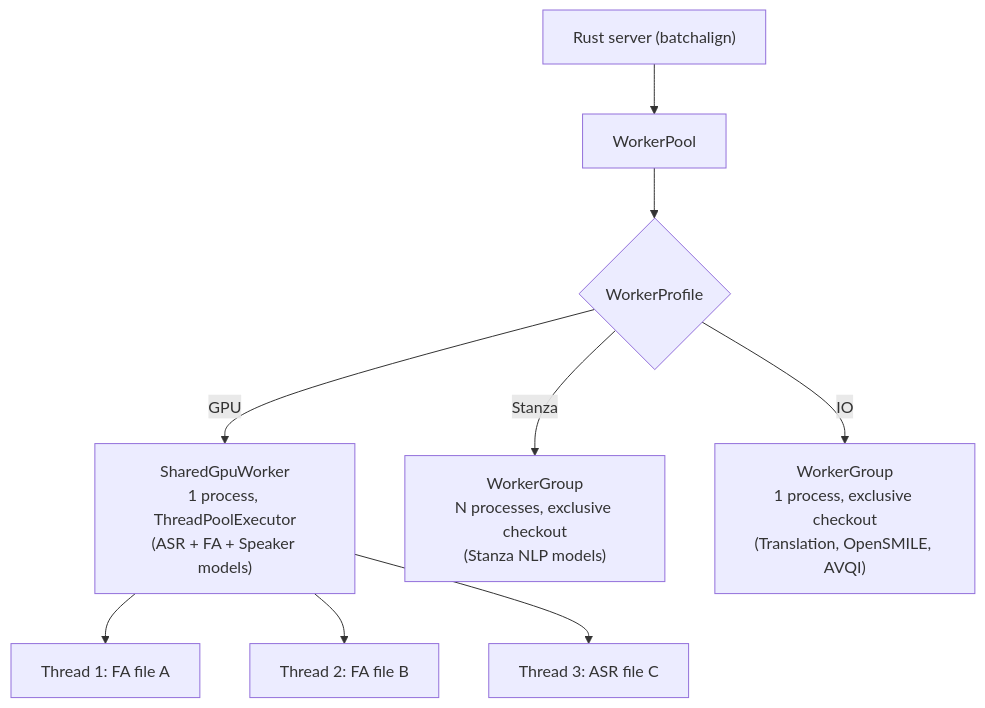
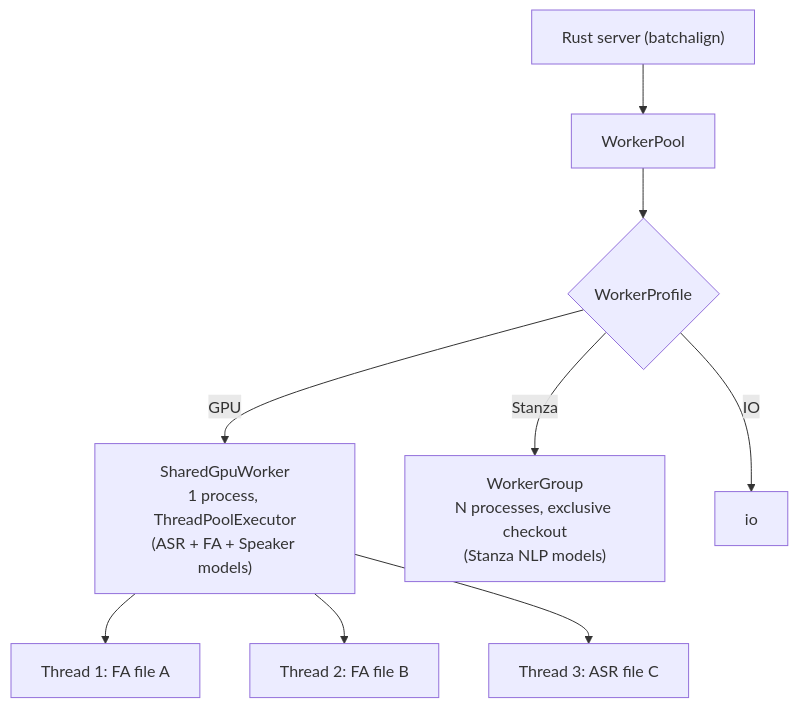
Before and after one commit to Jemoka/talkbank-tools: the second of 2 diagrams in book/src/batchalign/migration/developer-migration.md, drawn with Mermaid. The commit also changed other lines of this file and 146 other files, not shown here.

````diff
--- a/book/src/batchalign/migration/developer-migration.md
+++ b/book/src/batchalign/migration/developer-migration.md
@@ -153,21 +153,20 @@
 ```mermaid
 flowchart TD
     server["Rust server (batchalign)"]
     pool["WorkerPool"]
     profile{"WorkerProfile"}
     gpu["SharedGpuWorker\n1 process, ThreadPoolExecutor\n(ASR + FA + Speaker models)"]
     stanza["WorkerGroup\nN processes, exclusive checkout\n(Stanza NLP models)"]
-    io["WorkerGroup\n1 process, exclusive checkout\n(Translation, OpenSMILE, AVQI)"]
     t1["Thread 1: FA file A"]
     t2["Thread 2: FA file B"]
     t3["Thread 3: ASR file C"]
 
     server --> pool
     pool --> profile
     profile -->|GPU| gpu
     profile -->|Stanza| stanza
     profile -->|IO| io
     gpu --> t1
     gpu --> t2
     gpu --> t3
 ```
````
